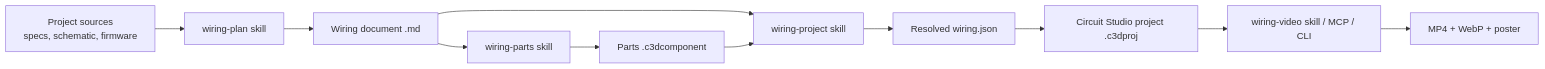
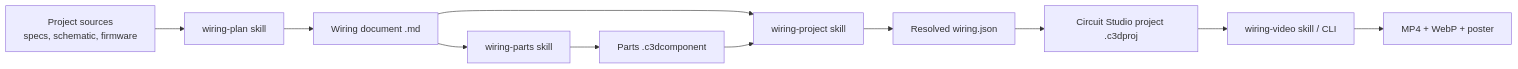
One commit to docteurzoidberg/circuit-studio-agent-kit changed the first of 2 diagrams in README.md. Above: the diagram before and after it, drawn with Mermaid. The commit also changed other lines of this file and 12 other files, not shown here.

````diff
--- a/README.md
+++ b/README.md
@@ -34,13 +34,13 @@
 ```mermaid
 flowchart LR
   SRC[Project sources<br/>specs, schematic, firmware] --> A[wiring-plan skill]
   A --> DOC[Wiring document .md]
   DOC --> B[wiring-parts skill]
   B --> PARTS[Parts .c3dcomponent]
   DOC --> P[wiring-project skill]
   PARTS --> P
   P --> JSON[Resolved wiring.json]
   JSON --> PROJ[Circuit Studio project .c3dproj]
-  PROJ --> C[wiring-video skill / MCP / CLI]
+  PROJ --> C[wiring-video skill / CLI]
   C --> OUT[MP4 + WebP + poster]
 ```
````
